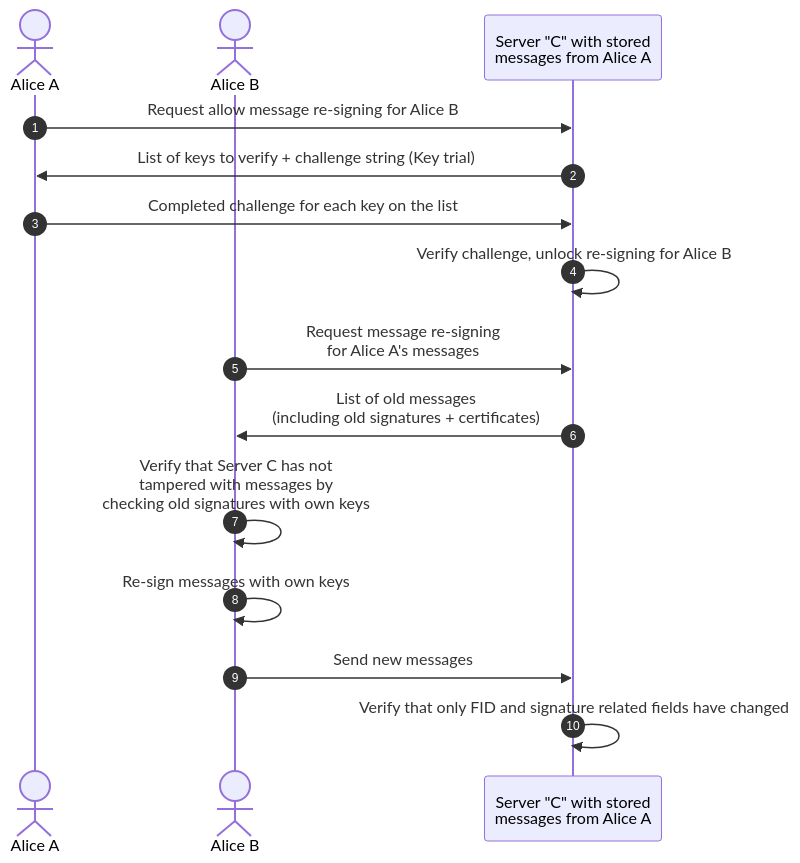
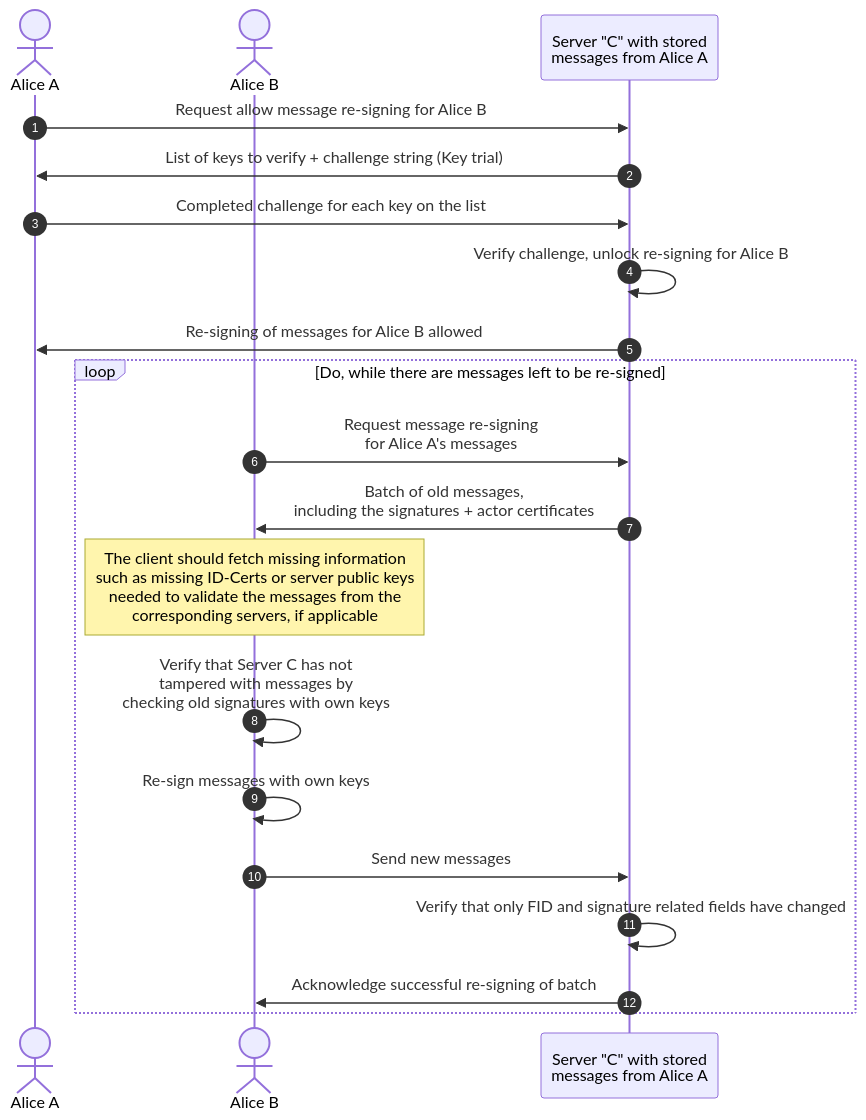
One commit to polyphony-chat/docs changed the sixth of 8 diagrams in docs/Protocol Specifications/core.md. Above: the diagram before and after it, drawn with Mermaid. The commit also changed other lines of this file, not shown here.

Commit message:
Refine section 7 further

````diff
--- a/docs/Protocol Specifications/core.md
+++ b/docs/Protocol Specifications/core.md
@@ -868,19 +880,24 @@
 ```mermaid
 sequenceDiagram
 autonumber
 
 actor aa as Alice A
 actor ab as Alice B
 participant sc as Server "C" with stored<br/>messages from Alice A
 
 aa->>sc: Request allow message re-signing for Alice B
 sc->>aa: List of keys to verify + challenge string (Key trial)
 aa->>sc: Completed challenge for each key on the list
 sc->>sc: Verify challenge, unlock re-signing for Alice B
-ab->>sc: Request message re-signing<br/>for Alice A's messages
-sc->>ab: List of old messages<br/>(including old signatures + certificates)
-ab->>ab: Verify that Server C has not<br/>tampered with messages by<br/>checking old signatures with own keys
-ab->>ab: Re-sign messages with own keys
-ab->>sc: Send new messages
-sc->>sc: Verify that only FID and signature related fields have changed
+sc->>aa: Re-signing of messages for Alice B allowed
+loop Do, while there are messages left to be re-signed
+  ab->>sc: Request message re-signing<br/>for Alice A's messages
+  sc->>ab: Batch of old messages,<br/>including the signatures + actor certificates
+    Note over ab: The client should fetch missing information<br/>such as missing ID-Certs or server public keys<br/>needed to validate the messages from the<br/>corresponding servers, if applicable
+  ab->>ab: Verify that Server C has not<br/>tampered with messages by<br/>checking old signatures with own keys
+  ab->>ab: Re-sign messages with own keys
+  ab->>sc: Send new messages
+  sc->>sc: Verify that only FID and signature related fields have changed
+  sc->>ab: Acknowledge successful re-signing of batch
+end
 ```
````
